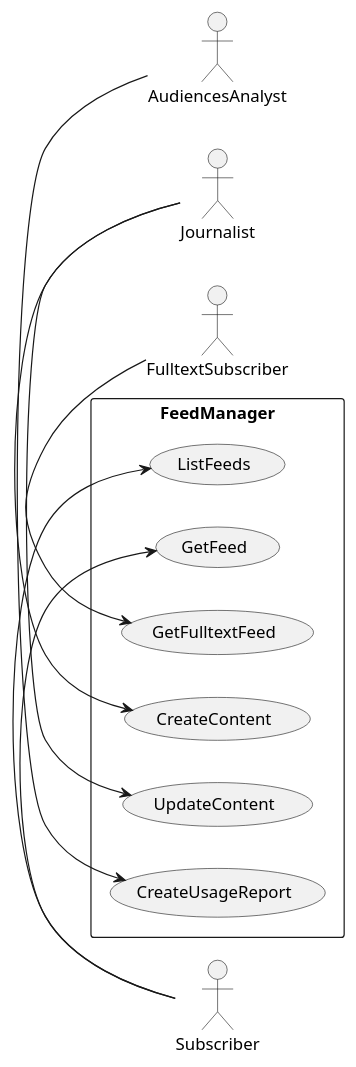
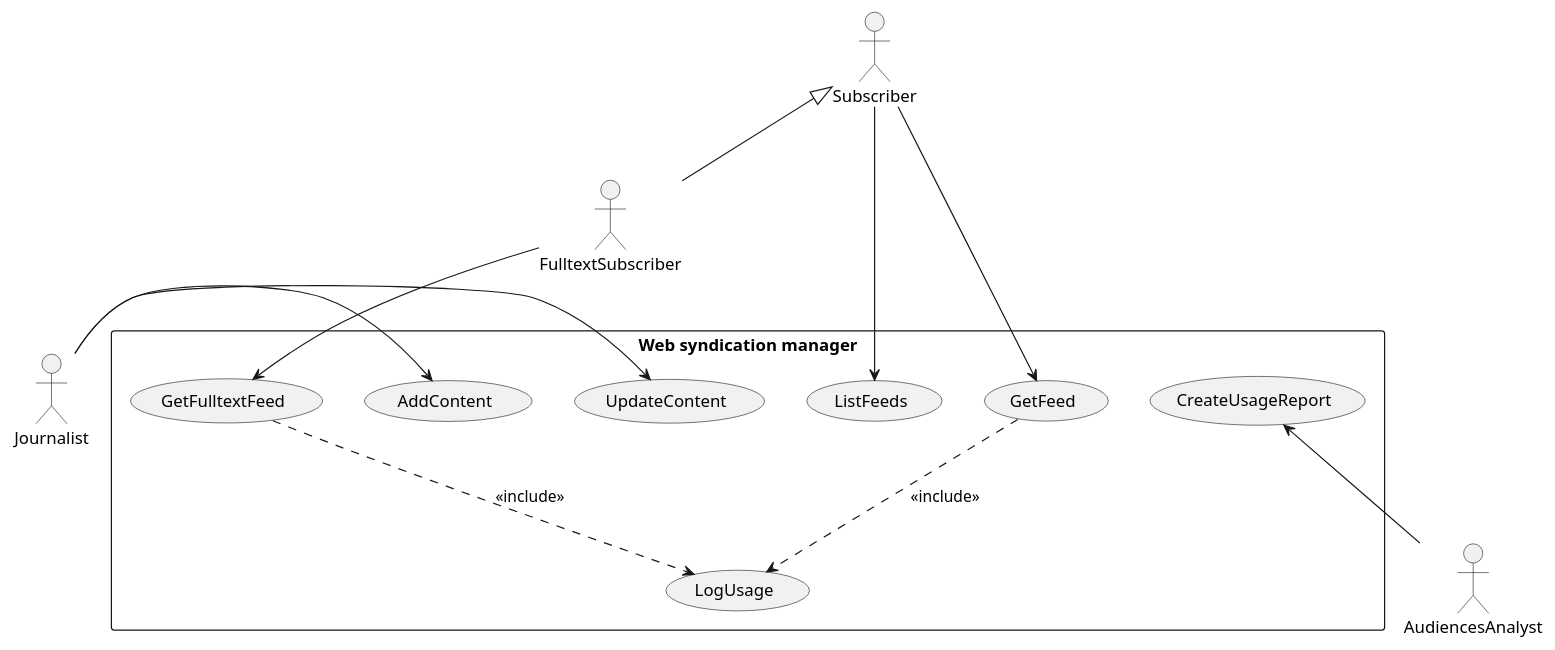
One commit to jamesdonoh/systemsdesign changed the diagram in usecases.pu. Above: the diagram before and after it, drawn with PlantUML. The commit also changed 8 other files, not shown here.

```diff
--- a/usecases.pu
+++ b/usecases.pu
@@ -1,18 +1,26 @@
 @startuml
-left to right direction
+
+skinparam monochrome true
 
 actor Subscriber
 actor FulltextSubscriber
 actor Journalist
 actor AudiencesAnalyst
 
-rectangle FeedManager {
-  Subscriber -> (ListFeeds)
-  Subscriber -> (GetFeed)
-  FulltextSubscriber -> (GetFulltextFeed)
-  (CreateContent) <- Journalist
-  (UpdateContent) <- Journalist
-  (CreateUsageReport) <- AudiencesAnalyst
+rectangle "Web syndication manager" {
+  Subscriber <|-- FulltextSubscriber
+  Subscriber --> (ListFeeds)
+  Subscriber --> (GetFeed)
+
+  FulltextSubscriber --> (GetFulltextFeed)
+
+  Journalist -> (AddContent)
+  Journalist -> (UpdateContent)
+
+  (CreateUsageReport) <-- AudiencesAnalyst
+
+  (GetFeed) ..> (LogUsage): <<include>>
+  (GetFulltextFeed) ..> (LogUsage): <<include>>
 }
 
 @enduml
```
